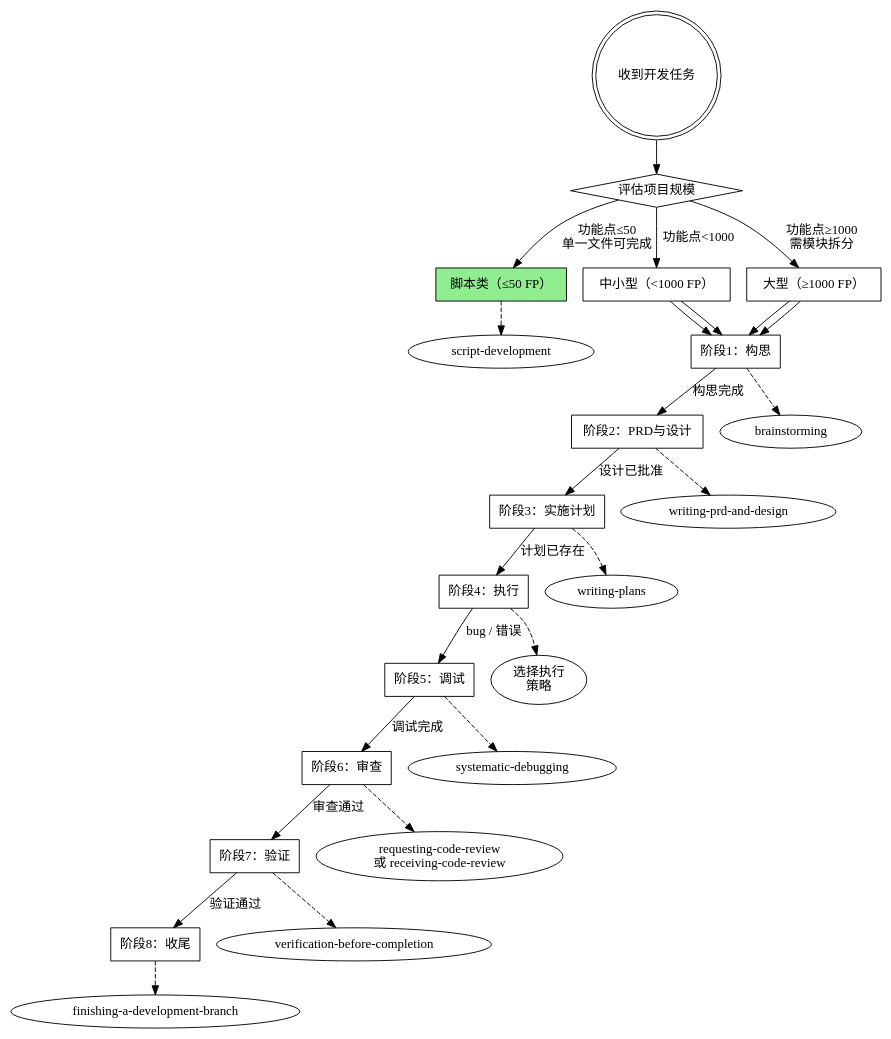
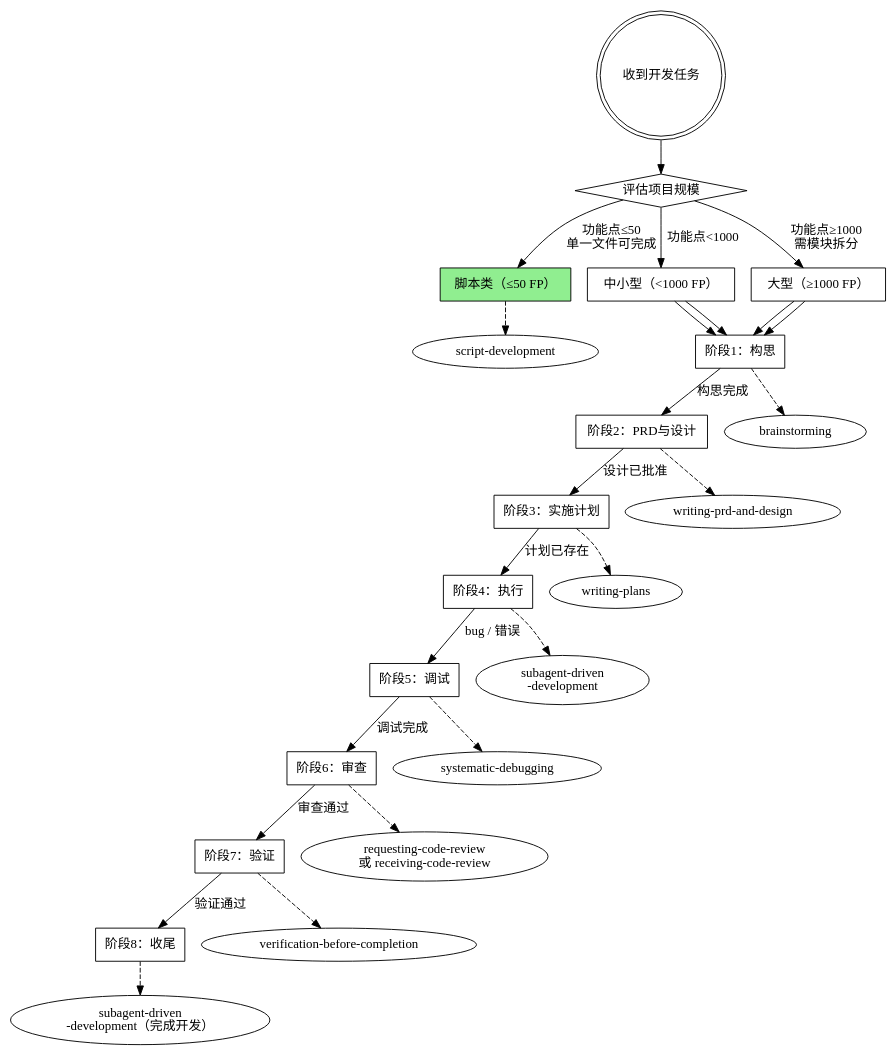
One commit to openbot-coder/coding-skills changed the diagram in coding-skills/SKILL.md. Above: the diagram before and after it, drawn with Graphviz. The commit also changed other lines of this file and 6 other files, not shown here.

First line of the commit message:
refactor: simplify execution flow, integrate TDD into subagent-driven-development

````diff
--- a/coding-skills/SKILL.md
+++ b/coding-skills/SKILL.md
@@ -151,48 +151,48 @@
 ```dot
 digraph coding_lifecycle {
     "收到开发任务" [shape=doublecircle];
     "评估项目规模" [shape=diamond];
     "脚本类（≤50 FP）" [shape=box, style=filled, fillcolor=lightgreen];
     "中小型（<1000 FP）" [shape=box];
     "大型（≥1000 FP）" [shape=box];
 
     "收到开发任务" -> "评估项目规模";
     "评估项目规模" -> "脚本类（≤50 FP）" [label="功能点≤50\n单一文件可完成"];
     "评估项目规模" -> "中小型（<1000 FP）" [label="功能点<1000"];
     "评估项目规模" -> "大型（≥1000 FP）" [label="功能点≥1000\n需模块拆分"];
 
     "脚本类（≤50 FP）" -> "script-development" [style=dashed];
 
     "中小型（<1000 FP）" -> "阶段1：构思";
     "大型（≥1000 FP）" -> "阶段1：构思";
 
     "阶段1：构思" [shape=box];
     "阶段2：PRD与设计" [shape=box];
     "阶段3：实施计划" [shape=box];
     "阶段4：执行" [shape=box];
     "阶段5：调试" [shape=box];
     "阶段6：审查" [shape=box];
     "阶段7：验证" [shape=box];
     "阶段8：收尾" [shape=box];
 
     "中小型（<1000 FP）" -> "阶段1：构思";
     "大型（≥1000 FP）" -> "阶段1：构思";
 
     "阶段1：构思" -> "阶段2：PRD与设计" [label="构思完成"];
     "阶段2：PRD与设计" -> "阶段3：实施计划" [label="设计已批准"];
     "阶段3：实施计划" -> "阶段4：执行" [label="计划已存在"];
     "阶段4：执行" -> "阶段5：调试" [label="bug / 错误"];
     "阶段5：调试" -> "阶段6：审查" [label="调试完成"];
     "阶段6：审查" -> "阶段7：验证" [label="审查通过"];
     "阶段7：验证" -> "阶段8：收尾" [label="验证通过"];
 
     "阶段1：构思" -> "brainstorming" [style=dashed];
     "阶段2：PRD与设计" -> "writing-prd-and-design" [style=dashed];
     "阶段3：实施计划" -> "writing-plans" [style=dashed];
-    "阶段4：执行" -> "选择执行\n策略" [style=dashed];
+    "阶段4：执行" -> "subagent-driven\n-development" [style=dashed];
     "阶段5：调试" -> "systematic-debugging" [style=dashed];
     "阶段6：审查" -> "requesting-code-review\n或 receiving-code-review" [style=dashed];
     "阶段7：验证" -> "verification-before-completion" [style=dashed];
-    "阶段8：收尾" -> "finishing-a-development-branch" [style=dashed];
+    "阶段8：收尾" -> "subagent-driven\n-development（完成开发）" [style=dashed];
 }
 ```
````
